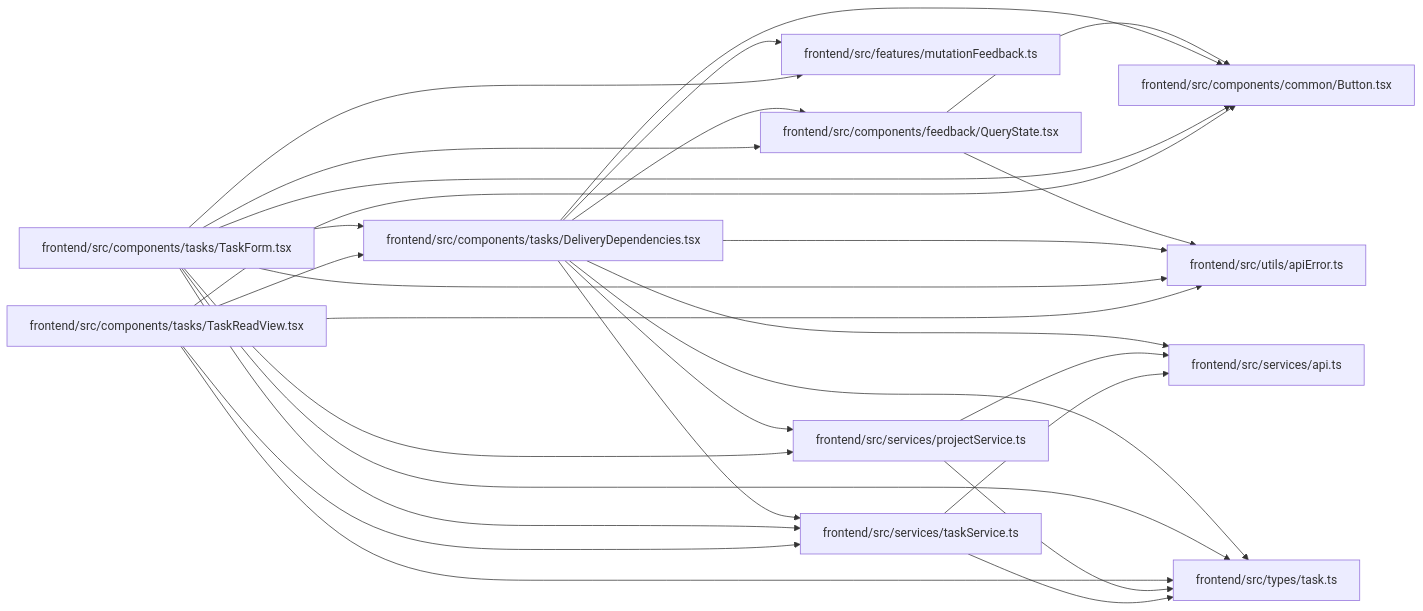
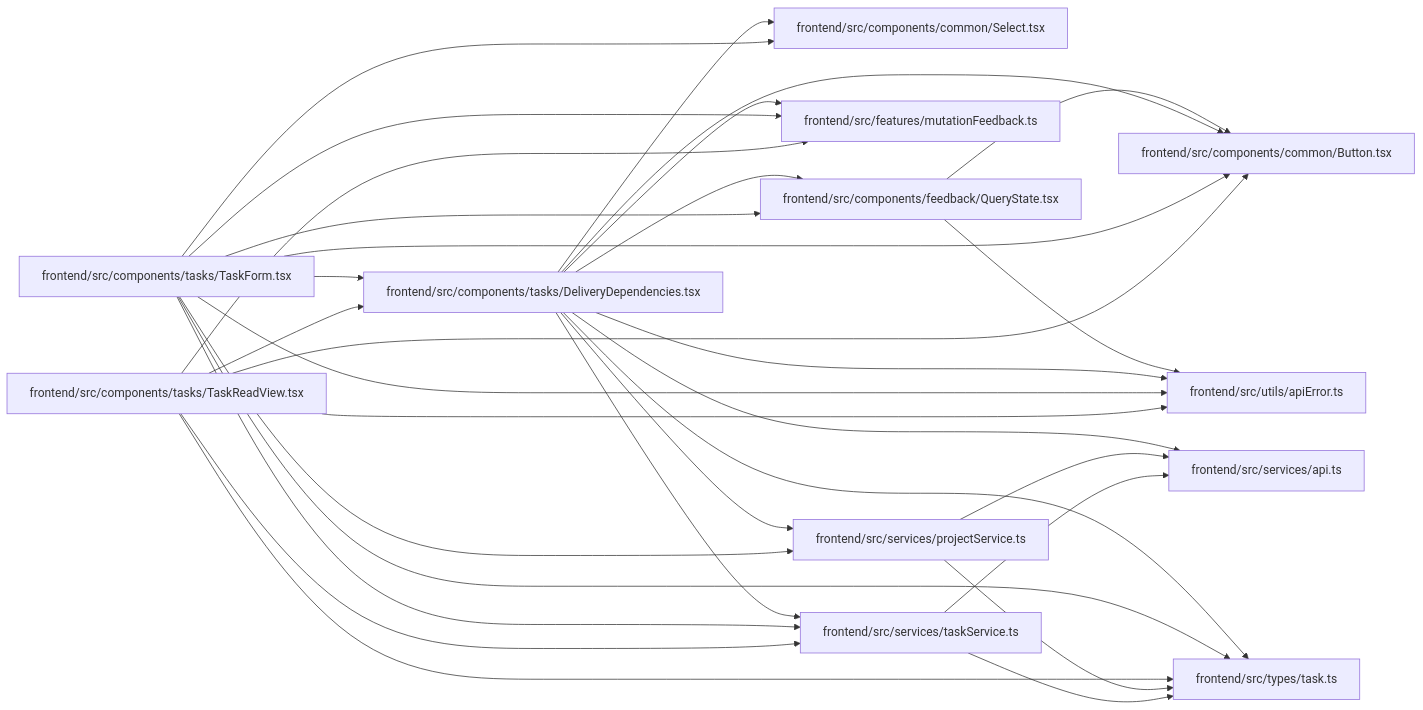
The diagram in docs/llm_wiki/modules/DeliveryDependencies.md (Denissvgn/WorkChord), drawn with Mermaid before and after one commit. The commit also changed other lines of this file and 2373 other files, not shown here.

````diff
--- a/docs/llm_wiki/modules/DeliveryDependencies.md
+++ b/docs/llm_wiki/modules/DeliveryDependencies.md
@@ -36,52 +37,57 @@
 ```mermaid
 flowchart LR
     n0["frontend/src/components/common/Button.tsx"]
-    n1["frontend/src/components/feedback/QueryState.tsx"]
-    n2["frontend/src/components/tasks/DeliveryDependencies.tsx"]
-    n3["frontend/src/components/tasks/TaskForm.tsx"]
-    n4["frontend/src/components/tasks/TaskReadView.tsx"]
-    n5["frontend/src/features/mutationFeedback.ts"]
-    n6["frontend/src/services/api.ts"]
-    n7["frontend/src/services/projectService.ts"]
-    n8["frontend/src/services/taskService.ts"]
-    n9["frontend/src/types/task.ts"]
-    n10["frontend/src/utils/apiError.ts"]
-    n1 --> n0
-    n1 --> n10
+    n1["frontend/src/components/common/Select.tsx"]
+    n2["frontend/src/components/feedback/QueryState.tsx"]
+    n3["frontend/src/components/tasks/DeliveryDependencies.tsx"]
+    n4["frontend/src/components/tasks/TaskForm.tsx"]
+    n5["frontend/src/components/tasks/TaskReadView.tsx"]
+    n6["frontend/src/features/mutationFeedback.ts"]
+    n7["frontend/src/services/api.ts"]
+    n8["frontend/src/services/projectService.ts"]
+    n9["frontend/src/services/taskService.ts"]
+    n10["frontend/src/types/task.ts"]
+    n11["frontend/src/utils/apiError.ts"]
     n2 --> n0
-    n2 --> n1
-    n2 --> n5
-    n2 --> n6
-    n2 --> n7
-    n2 --> n8
-    n2 --> n9
-    n2 --> n10
+    n2 --> n11
     n3 --> n0
     n3 --> n1
     n3 --> n2
-    n3 --> n5
+    n3 --> n6
     n3 --> n7
     n3 --> n8
     n3 --> n9
     n3 --> n10
+    n3 --> n11
     n4 --> n0
+    n4 --> n1
     n4 --> n2
+    n4 --> n3
+    n4 --> n6
     n4 --> n8
     n4 --> n9
     n4 --> n10
-    n7 --> n6
-    n7 --> n9
-    n8 --> n6
-    n8 --> n9
+    n4 --> n11
+    n5 --> n0
+    n5 --> n3
+    n5 --> n6
+    n5 --> n9
+    n5 --> n10
+    n5 --> n11
+    n8 --> n7
+    n8 --> n10
+    n9 --> n7
+    n9 --> n10
     click n0 "../modules/Button.md"
-    click n1 "../modules/QueryState.md"
-    click n2 "../modules/DeliveryDependencies.md"
-    click n3 "../modules/TaskForm.md"
-    click n4 "../modules/TaskReadView.md"
-    click n5 "../modules/mutationFeedback.md"
-    click n6 "../modules/api.md"
-    click n7 "../modules/projectService.md"
-    click n8 "../modules/taskService.md"
-    click n9 "../modules/types_task.md"
-    click n10 "../modules/apiError.md"
+    click n1 "../modules/Select.md"
+    click n2 "../modules/QueryState.md"
+    click n3 "../modules/DeliveryDependencies.md"
+    click n4 "../modules/TaskForm.md"
+    click n5 "../modules/TaskReadView.md"
+    click n6 "../modules/mutationFeedback.md"
+    click n7 "../modules/api.md"
+    click n8 "../modules/projectService.md"
+    click n9 "../modules/taskService.md"
+    click n10 "../modules/types_task.md"
+    click n11 "../modules/apiError.md"
 ```
````
